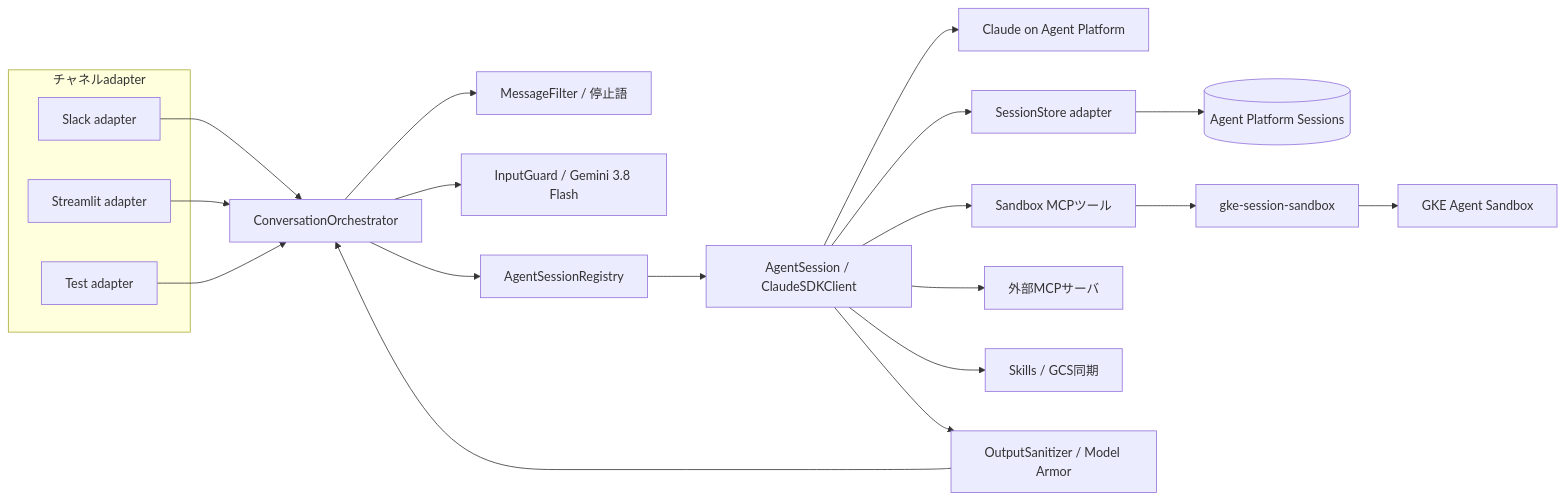
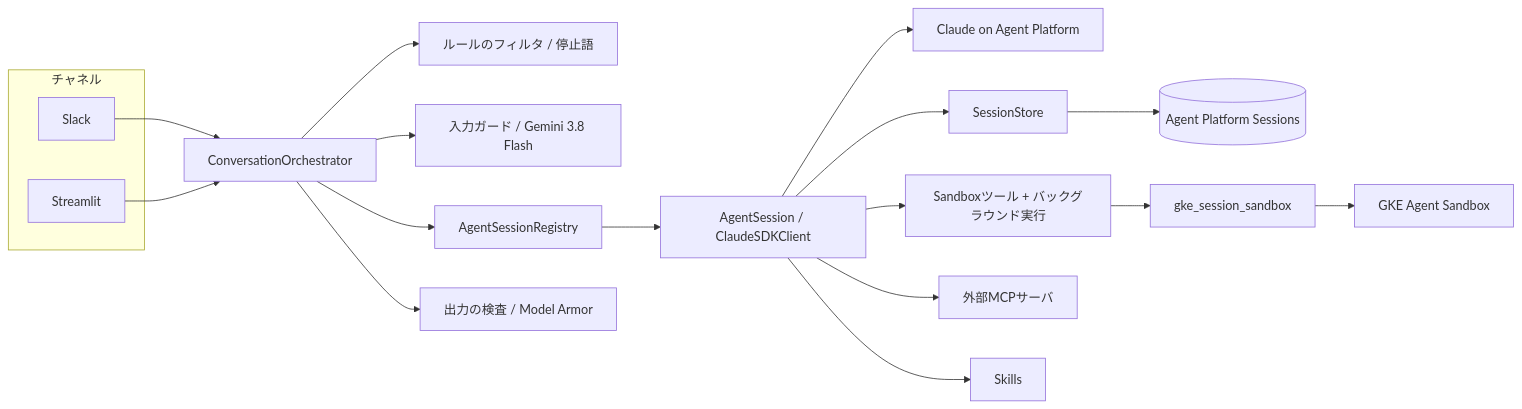
The diagram in README.md (74th/silk-agent), drawn with Mermaid before and after one commit. The commit also changed other lines of this file, not shown here.

````diff
--- a/README.md
+++ b/README.md
@@ -29,20 +70,18 @@
 ```mermaid
 flowchart LR
-  subgraph Channels[チャネルadapter]
-    S[Slack adapter]
-    ST[Streamlit adapter]
-    T[Test adapter]
+  subgraph Channels[チャネル]
+    S[Slack]
+    ST[Streamlit]
   end
-  S & ST & T --> O[ConversationOrchestrator]
-  O --> F[MessageFilter / 停止語]
-  O --> G[InputGuard / Gemini 3.8 Flash]
+  S & ST --> O[ConversationOrchestrator]
+  O --> F[ルールのフィルタ / 停止語]
+  O --> G[入力ガード / Gemini 3.8 Flash]
   O --> REG[AgentSessionRegistry]
   REG --> R[AgentSession / ClaudeSDKClient]
   R --> CL[Claude on Agent Platform]
-  R --> SS[SessionStore adapter] --> AP[(Agent Platform Sessions)]
-  R --> MT[Sandbox MCPツール] --> L[gke-session-sandbox] --> SB[GKE Agent Sandbox]
+  R --> SS[SessionStore] --> AP[(Agent Platform Sessions)]
+  R --> MT[Sandboxツール + バックグラウンド実行] --> L[gke_session_sandbox] --> SB[GKE Agent Sandbox]
   R --> EM[外部MCPサーバ]
-  R --> SK[Skills / GCS同期]
-  R --> OG[OutputSanitizer / Model Armor]
-  OG --> O
+  R --> SK[Skills]
+  O --> OG[出力の検査 / Model Armor]
 ```
````
